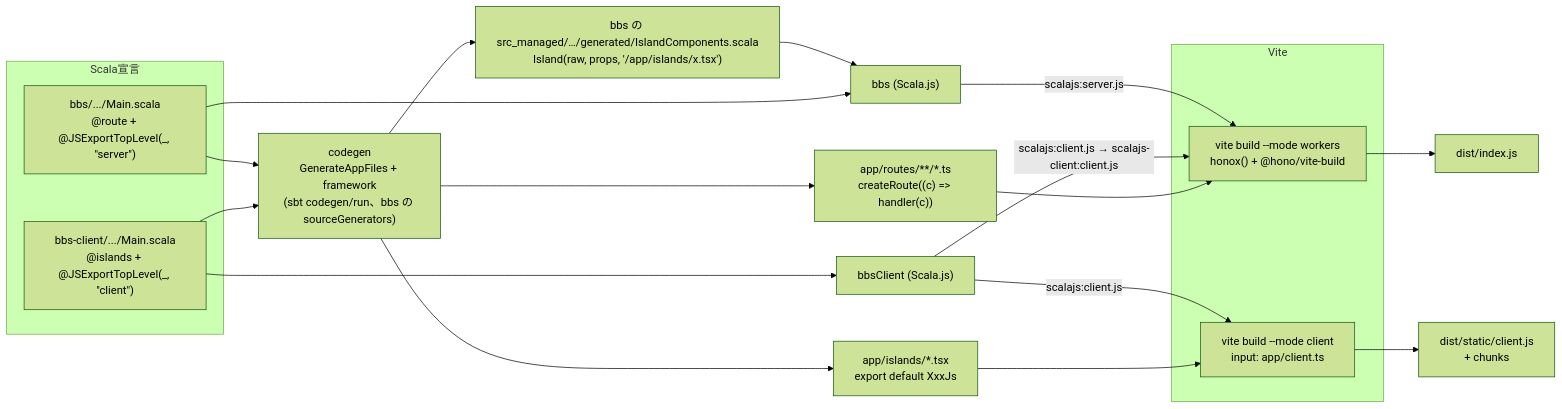
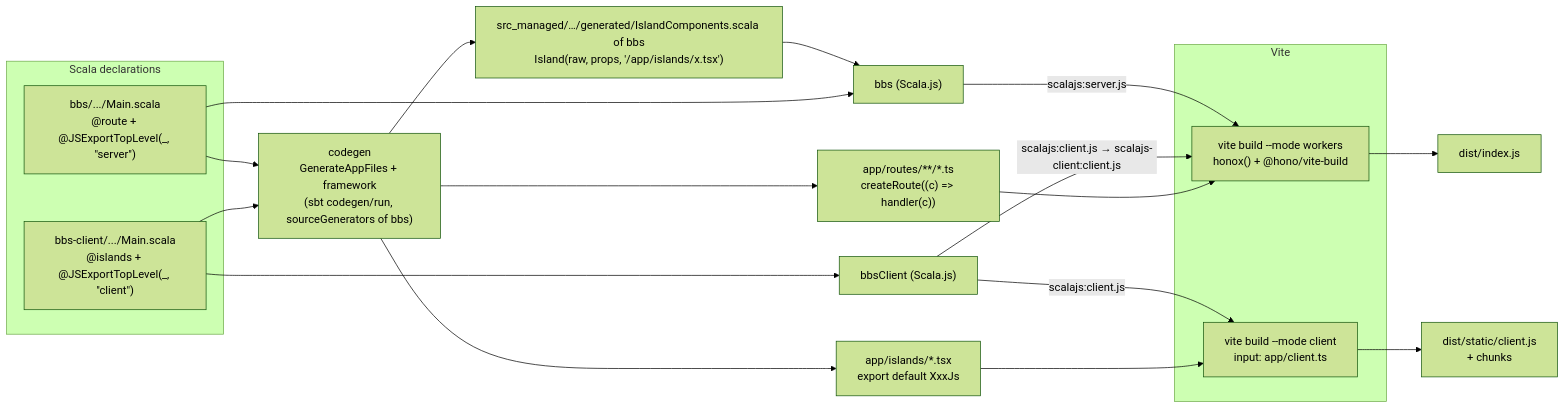
Before and after one commit to MontereyLangit/hx4s: the first of 2 diagrams in docs/hx4s/architecture.md, drawn with Mermaid (forest theme). The commit also changed other lines of this file and 169 other files, not shown here.

````diff
--- a/docs/hx4s/architecture.md
+++ b/docs/hx4s/architecture.md
@@ -38,27 +38,27 @@
 ```mermaid
 flowchart LR
-  subgraph Scala宣言
+  subgraph ScalaDecl["Scala declarations"]
     SM["bbs/.../Main.scala<br/>@route + @JSExportTopLevel(_, &quot;server&quot;)"]
     CM["bbs-client/.../Main.scala<br/>@islands + @JSExportTopLevel(_, &quot;client&quot;)"]
   end
-  CG["codegen<br/>GenerateAppFiles + framework<br/>(sbt codegen/run、bbs の sourceGenerators)"]
+  CG["codegen<br/>GenerateAppFiles + framework<br/>(sbt codegen/run, sourceGenerators of bbs)"]
   SM --> CG
   CM --> CG
   CG --> R["app/routes/**/*.ts<br/>createRoute((c) => handler(c))"]
   CG --> I["app/islands/*.tsx<br/>export default XxxJs"]
-  CG --> IC["bbs の src_managed/…/generated/IslandComponents.scala<br/>Island(raw, props, '/app/islands/x.tsx')"]
+  CG --> IC["src_managed/…/generated/IslandComponents.scala of bbs<br/>Island(raw, props, '/app/islands/x.tsx')"]
   IC --> BBS["bbs (Scala.js)"]
   SM --> BBS
   CM --> CL["bbsClient (Scala.js)"]
   subgraph Vite
     VC["vite build --mode client<br/>input: app/client.ts"]
     VW["vite build --mode workers<br/>honox() + @hono/vite-build"]
   end
   CL -- "scalajs:client.js" --> VC
   I --> VC
   BBS -- "scalajs:server.js" --> VW
   CL -- "scalajs:client.js → scalajs-client:client.js" --> VW
   R --> VW
   VC --> D1["dist/static/client.js<br/>+ chunks"]
   VW --> D2["dist/index.js"]
 ```
````
